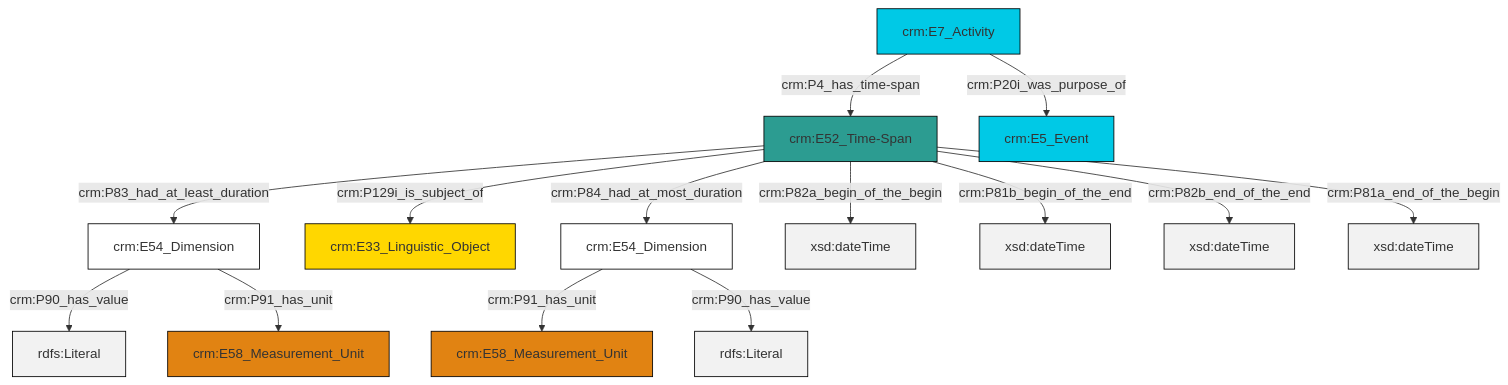
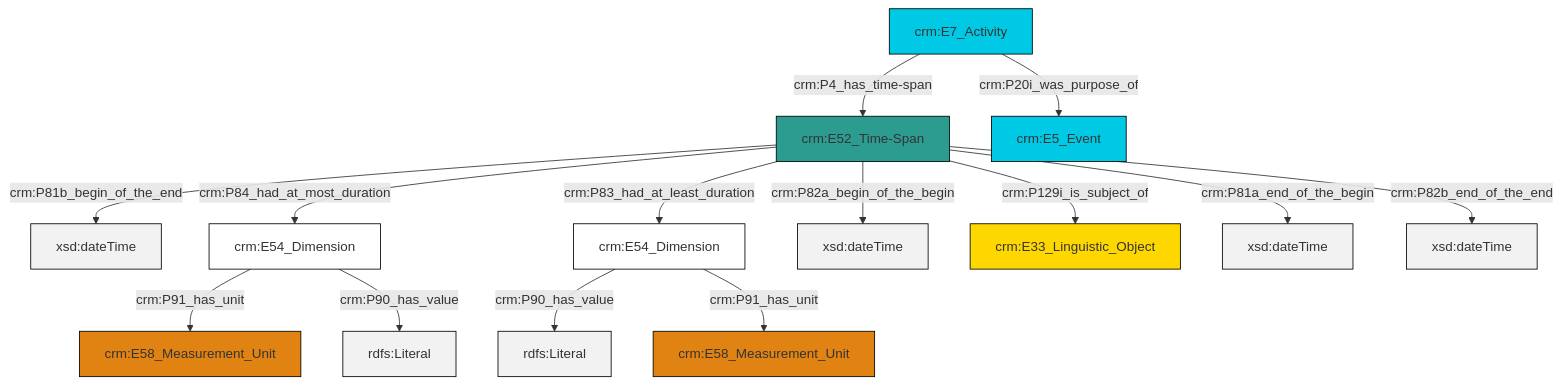
Before and after one commit to swiss-art-research-net/docs.swissartresearch: the diagram in et/eventCSV/ttl/mmd/event_existence.ttl.mmd, drawn with Mermaid. The commit also changed 179 other files, not shown here.

```diff
--- a/et/eventCSV/ttl/mmd/event_existence.ttl.mmd
+++ b/et/eventCSV/ttl/mmd/event_existence.ttl.mmd
@@ -1,28 +1,28 @@
 graph TD
 classDef Literal fill:#f2f2f2,stroke:#000000;
 classDef CRM_Entity fill:#FFFFFF,stroke:#000000;
 classDef Temporal_Entity fill:#00C9E6, stroke:#000000;
 classDef Type fill:#E18312, stroke:#000000;
 classDef Time-Span fill:#2C9C91, stroke:#000000;
 classDef Appellation fill:#FFEB7F, stroke:#000000;
 classDef Place fill:#008836, stroke:#000000;
 classDef Persistent_Item fill:#B266B2, stroke:#000000;
 classDef Conceptual_Object fill:#FFD700, stroke:#000000;
 classDef Physical_Thing fill:#D2B48C, stroke:#000000;
 classDef Actor fill:#f58aad, stroke:#000000;
 classDef PC_Classes fill:#4ce600, stroke:#000000;
 classDef Multi fill:#cccccc,stroke:#000000;
 
-0["crm:E54_Dimension"]:::CRM_Entity -->|crm:P91_has_unit| 1["crm:E58_Measurement_Unit"]:::Type
-0["crm:E54_Dimension"]:::CRM_Entity -->|crm:P90_has_value| 2[rdfs:Literal]:::Literal
-3["crm:E52_Time-Span"]:::Time-Span -->|crm:P129i_is_subject_of| 4["crm:E33_Linguistic_Object"]:::Conceptual_Object
-3["crm:E52_Time-Span"]:::Time-Span -->|crm:P83_had_at_least_duration| 5["crm:E54_Dimension"]:::CRM_Entity
-3["crm:E52_Time-Span"]:::Time-Span -->|crm:P82a_begin_of_the_begin| 6[xsd:dateTime]:::Literal
-8["crm:E7_Activity"]:::Temporal_Entity -->|crm:P4_has_time-span| 3["crm:E52_Time-Span"]:::Time-Span
-3["crm:E52_Time-Span"]:::Time-Span -->|crm:P81b_begin_of_the_end| 9[xsd:dateTime]:::Literal
-5["crm:E54_Dimension"]:::CRM_Entity -->|crm:P90_has_value| 10[rdfs:Literal]:::Literal
-8["crm:E7_Activity"]:::Temporal_Entity -->|crm:P20i_was_purpose_of| 11["crm:E5_Event"]:::Temporal_Entity
-3["crm:E52_Time-Span"]:::Time-Span -->|crm:P84_had_at_most_duration| 0["crm:E54_Dimension"]:::CRM_Entity
-3["crm:E52_Time-Span"]:::Time-Span -->|crm:P82b_end_of_the_end| 15[xsd:dateTime]:::Literal
-3["crm:E52_Time-Span"]:::Time-Span -->|crm:P81a_end_of_the_begin| 16[xsd:dateTime]:::Literal
-5["crm:E54_Dimension"]:::CRM_Entity -->|crm:P91_has_unit| 18["crm:E58_Measurement_Unit"]:::Type
+0["crm:E7_Activity"]:::Temporal_Entity -->|crm:P4_has_time-span| 1["crm:E52_Time-Span"]:::Time-Span
+1["crm:E52_Time-Span"]:::Time-Span -->|crm:P81b_begin_of_the_end| 4[xsd:dateTime]:::Literal
+1["crm:E52_Time-Span"]:::Time-Span -->|crm:P84_had_at_most_duration| 5["crm:E54_Dimension"]:::CRM_Entity
+6["crm:E54_Dimension"]:::CRM_Entity -->|crm:P90_has_value| 7[rdfs:Literal]:::Literal
+1["crm:E52_Time-Span"]:::Time-Span -->|crm:P83_had_at_least_duration| 6["crm:E54_Dimension"]:::CRM_Entity
+1["crm:E52_Time-Span"]:::Time-Span -->|crm:P82a_begin_of_the_begin| 9[xsd:dateTime]:::Literal
+0["crm:E7_Activity"]:::Temporal_Entity -->|crm:P20i_was_purpose_of| 2["crm:E5_Event"]:::Temporal_Entity
+6["crm:E54_Dimension"]:::CRM_Entity -->|crm:P91_has_unit| 13["crm:E58_Measurement_Unit"]:::Type
+1["crm:E52_Time-Span"]:::Time-Span -->|crm:P81a_end_of_the_begin| 15[xsd:dateTime]:::Literal
+5["crm:E54_Dimension"]:::CRM_Entity -->|crm:P91_has_unit| 17["crm:E58_Measurement_Unit"]:::Type
+5["crm:E54_Dimension"]:::CRM_Entity -->|crm:P90_has_value| 18[rdfs:Literal]:::Literal
+1["crm:E52_Time-Span"]:::Time-Span -->|crm:P82b_end_of_the_end| 20[xsd:dateTime]:::Literal
+1["crm:E52_Time-Span"]:::Time-Span -->|crm:P129i_is_subject_of| 11["crm:E33_Linguistic_Object"]:::Conceptual_Object
```
